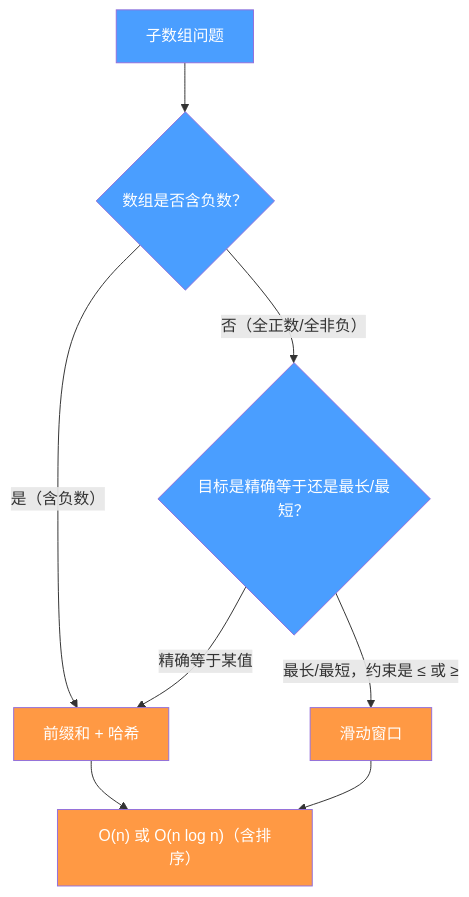
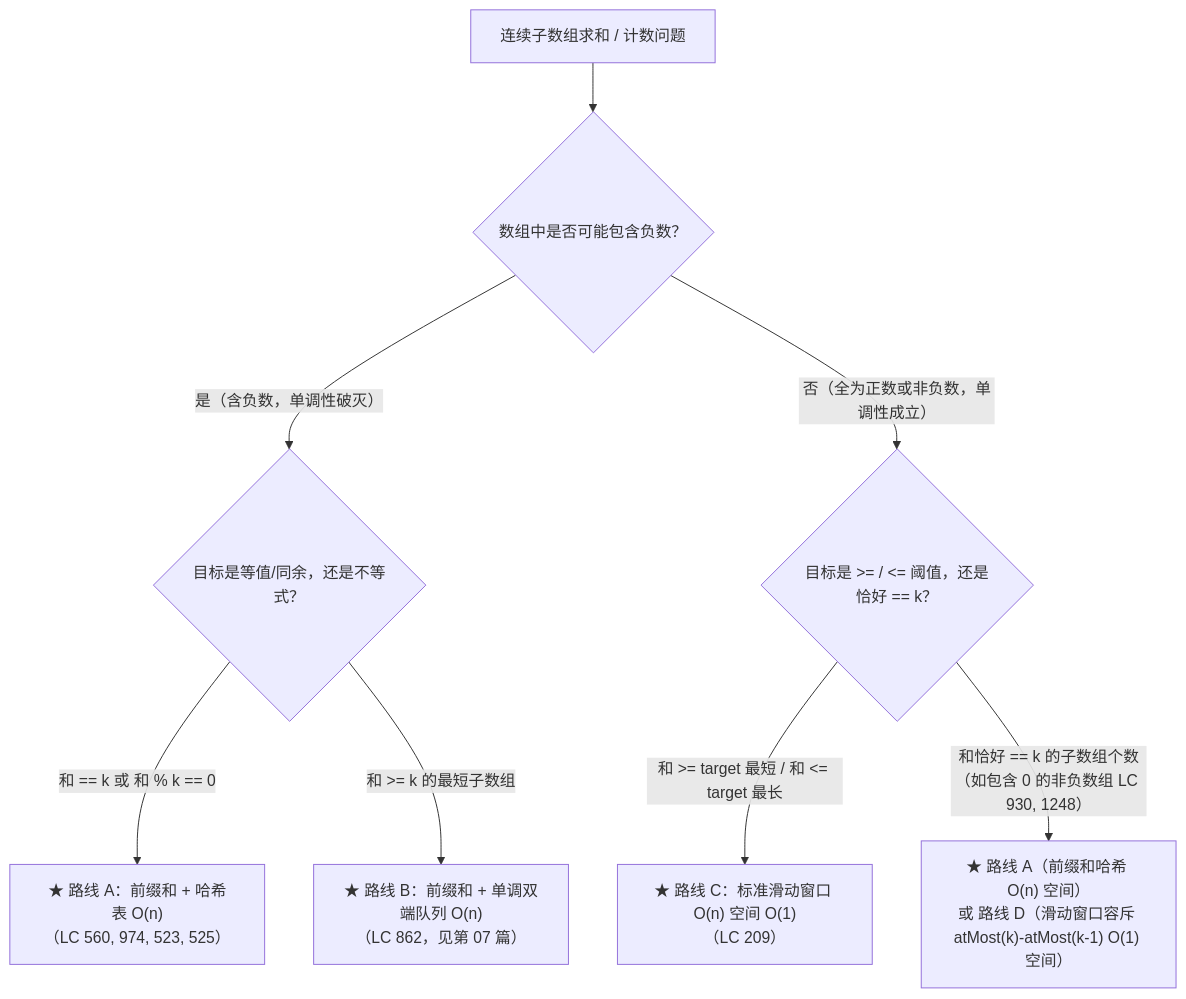
The diagram in content/数据结构与算法/滑动窗口/08 前缀和与滑动窗口的思想融合：子数组求和类问题.md (hpliStartAgain/my-brain), drawn with Mermaid before and after one commit. The commit also changed other lines of this file and 55 other files, not shown here.

````diff
--- a/content/数据结构与算法/滑动窗口/08 前缀和与滑动窗口的思想融合：子数组求和类问题.md
+++ b/content/数据结构与算法/滑动窗口/08 前缀和与滑动窗口的思想融合：子数组求和类问题.md
@@ -251,15 +28,11 @@
 ```mermaid
-graph TD
-    A["子数组问题"] --> B{"数组是否含负数？"}
-    B -->|"是（含负数）"| C["前缀和 + 哈希"]
-    B -->|"否（全正数/全非负）"| D{"目标是精确等于还是最长/最短？"}
-    D -->|"精确等于某值"| C
-    D -->|"最长/最短，约束是 ≤ 或 ≥"| E["滑动窗口"]
-    C --> F["O(n) 或 O(n log n)（含排序）"]
-    E --> F
-
-    classDef decision fill:#4a9eff,color:#fff
-    classDef solution fill:#ff9944,color:#fff
-    class A,B,D decision
-    class C,E,F solution
+%%{init: {'theme': 'dracula'}}%%
+flowchart TD
+    Q["连续子数组求和 / 计数问题"] --> CheckNeg{"数组中是否可能包含负数？"}
+    CheckNeg -->|"是（含负数，单调性破灭）"| SubNeg{"目标是等值/同余，还是不等式？"}
+    SubNeg -->|"和 == k 或 和 % k == 0"| PrefixHash["★ 路线 A：前缀和 + 哈希表 O(n)<br/>（LC 560, 974, 523, 525）"]
+    SubNeg -->|"和 >= k 的最短子数组"| PrefixDeque["★ 路线 B：前缀和 + 单调双端队列 O(n)<br/>（LC 862，见第 07 篇）"]
+    CheckNeg -->|"否（全为正数或非负数，单调性成立）"| SubPos{"目标是 >= / <= 阈值，还是恰好 == k？"}
+    SubPos -->|"和 >= target 最短 / 和 <= target 最长"| SlideWin["★ 路线 C：标准滑动窗口 O(n) 空间 O(1)<br/>（LC 209）"]
+    SubPos -->|"和恰好 == k 的子数组个数<br/>（如包含 0 的非负数组 LC 930, 1248）"| Both["★ 路线 A（前缀和哈希 O(n) 空间）<br/>或 路线 D（滑动窗口容斥 atMost(k)-atMost(k-1) O(1) 空间）"]
 ```
````
